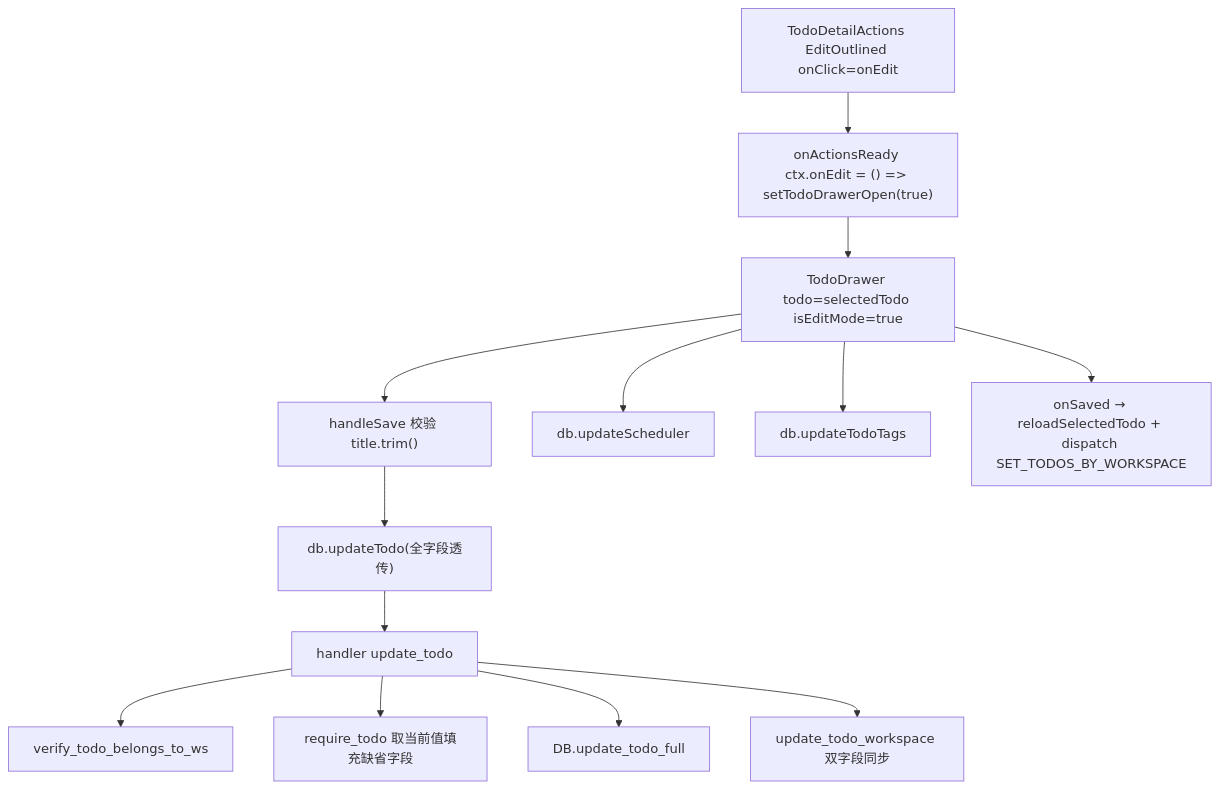
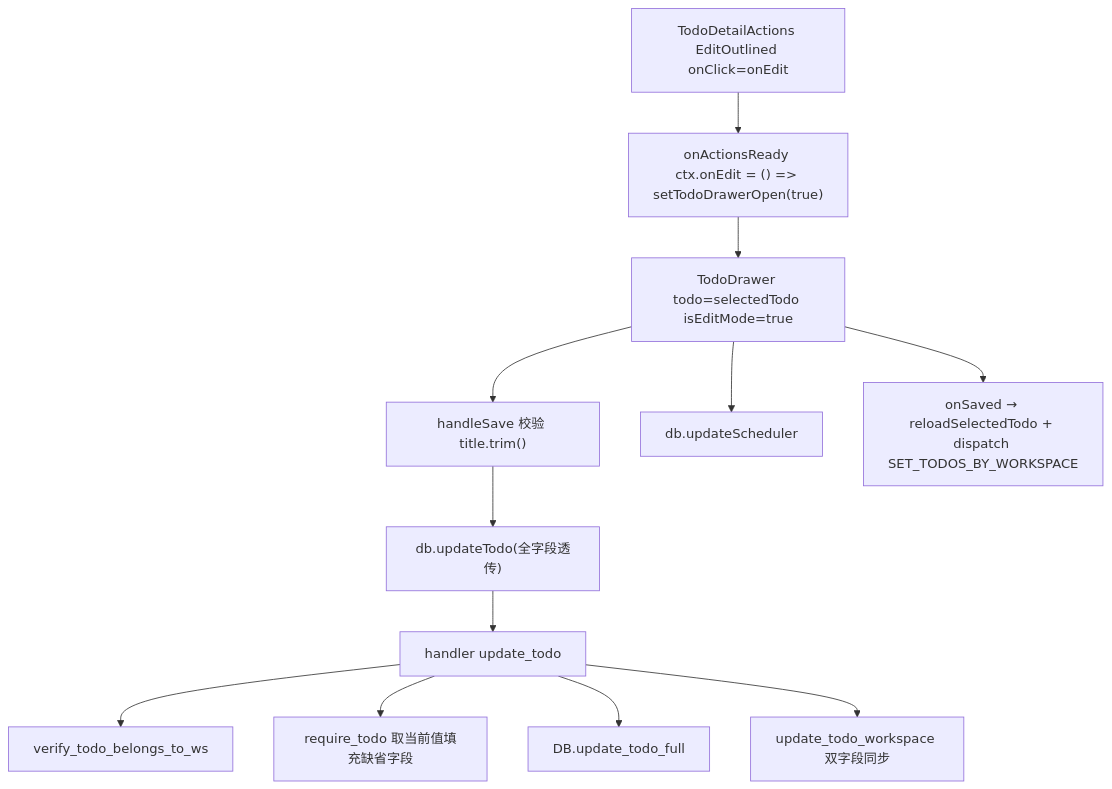
Before and after one commit to weibaohui/ntd: the second of 4 diagrams in frontend/src/help/pages/todo-detail-edit.md, drawn with Mermaid. The commit also changed other lines of this file and 92 other files, not shown here.

````diff
--- a/frontend/src/help/pages/todo-detail-edit.md
+++ b/frontend/src/help/pages/todo-detail-edit.md
@@ -28,15 +27,14 @@
 ```mermaid
 flowchart TD
   Btn["TodoDetailActions EditOutlined onClick=onEdit"] --> ctx["onActionsReady ctx.onEdit = () => setTodoDrawerOpen(true)"]
   ctx --> TodoDrawer["TodoDrawer todo=selectedTodo isEditMode=true"]
   TodoDrawer --> handleSave["handleSave 校验 title.trim()"]
   handleSave --> dbUpdate["db.updateTodo(全字段透传)"]
   dbUpdate --> update_todo["handler update_todo"]
   update_todo --> verify["verify_todo_belongs_to_ws"]
   update_todo --> current["require_todo 取当前值填充缺省字段"]
   update_todo --> update_todo_full["DB.update_todo_full"]
   update_todo --> workspaceSync["update_todo_workspace 双字段同步"]
   TodoDrawer --> updateScheduler["db.updateScheduler"]
-  TodoDrawer --> updateTodoTags["db.updateTodoTags"]
   TodoDrawer --> onSaved["onSaved → reloadSelectedTodo + dispatch SET_TODOS_BY_WORKSPACE"]
 ```
````
